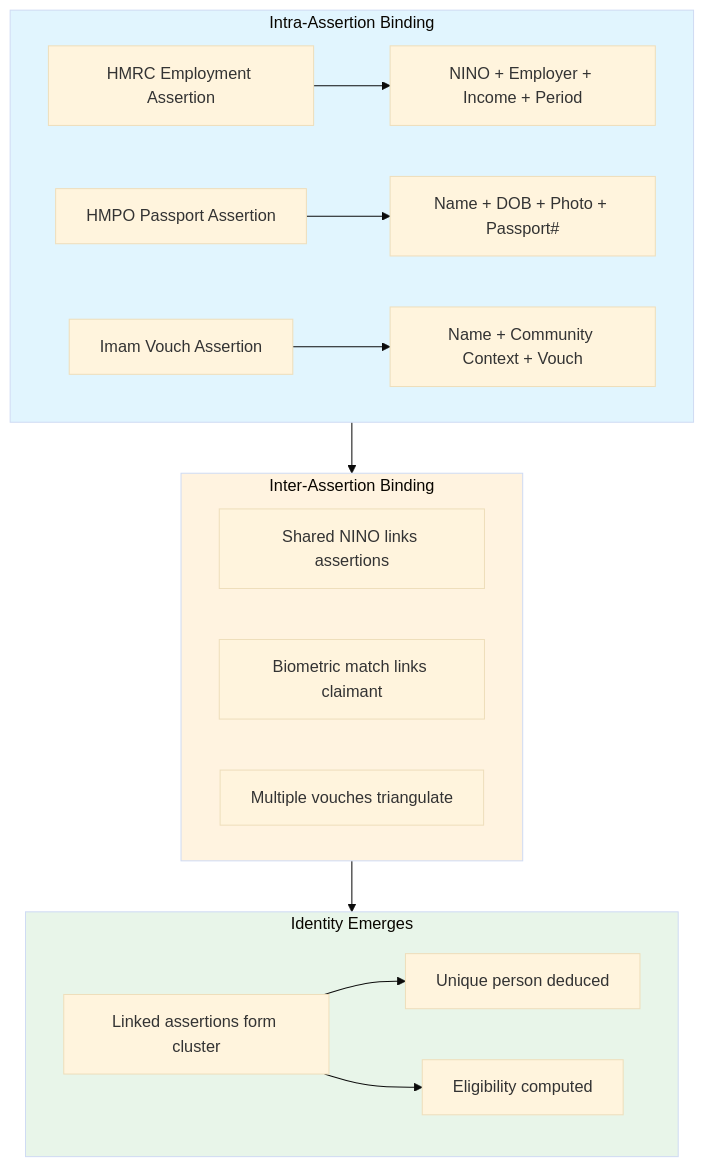
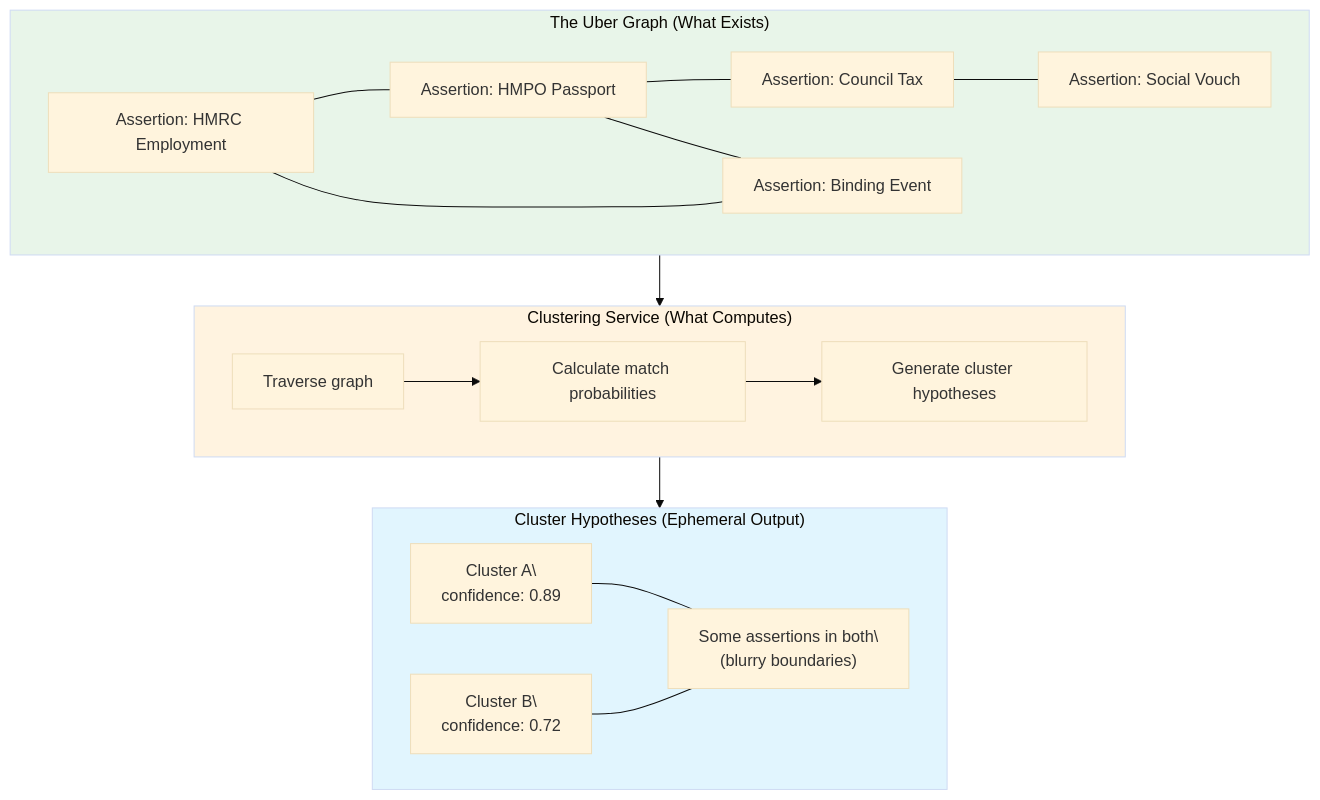
One commit to mrchughes/architecting-modern-government-services changed the first of 5 diagrams in Paper_2_Evidence_Based_Identity.md. Above: the diagram before and after it, drawn with Mermaid (base theme). The commit also changed other lines of this file and 1 other file, not shown here.

Commit message:
Paper 2: Restore core insight - uber graph is primary, clusters are ephemeral

````diff
--- a/Paper_2_Evidence_Based_Identity.md
+++ b/Paper_2_Evidence_Based_Identity.md
@@ -419,35 +451,37 @@
 ```mermaid
 flowchart TB
-    subgraph INTRA["Intra-Assertion Binding"]
-        A1["HMRC Employment Assertion"]
-        A1_attr["NINO + Employer + Income + Period"]
-        A1 --> A1_attr
+    subgraph UBER["The Uber Graph (What Exists)"]
+        A1["Assertion: HMRC Employment"]
+        A2["Assertion: HMPO Passport"]
+        A3["Assertion: Council Tax"]
+        A4["Assertion: Social Vouch"]
+        A5["Assertion: Binding Event"]
         
-        A2["HMPO Passport Assertion"]
-        A2_attr["Name + DOB + Photo + Passport#"]
-        A2 --> A2_attr
-        
-        A3["Imam Vouch Assertion"]
-        A3_attr["Name + Community Context + Vouch"]
-        A3 --> A3_attr
+        A1 --- A2
+        A2 --- A3
+        A3 --- A4
+        A1 --- A5
+        A2 --- A5
     end
     
-    subgraph INTER["Inter-Assertion Binding"]
-        LINK1["Shared NINO links assertions"]
-        LINK2["Biometric match links claimant"]
-        LINK3["Multiple vouches triangulate"]
+    subgraph COMPUTE["Clustering Service (What Computes)"]
+        CS["Traverse graph"]
+        CS --> MATCH["Calculate match probabilities"]
+        MATCH --> HYPO["Generate cluster hypotheses"]
     end
     
-    subgraph EMERGE["Identity Emerges"]
-        CLUSTER["Linked assertions form cluster"]
-        CLUSTER --> IDENTITY["Unique person deduced"]
-        CLUSTER --> ELIG["Eligibility computed"]
+    subgraph RESULT["Cluster Hypotheses (Ephemeral Output)"]
+        C1["Cluster A\\nconfidence: 0.89"]
+        C2["Cluster B\\nconfidence: 0.72"]
+        OVERLAP["Some assertions in both\\n(blurry boundaries)"]
+        C1 --- OVERLAP
+        C2 --- OVERLAP
     end
     
-    INTRA --> INTER
-    INTER --> EMERGE
+    UBER --> COMPUTE
+    COMPUTE --> RESULT
     
-    style INTRA fill:#e1f5fe
-    style INTER fill:#fff3e0
-    style EMERGE fill:#e8f5e9
+    style UBER fill:#e8f5e9
+    style COMPUTE fill:#fff3e0
+    style RESULT fill:#e1f5fe
 ```
````
